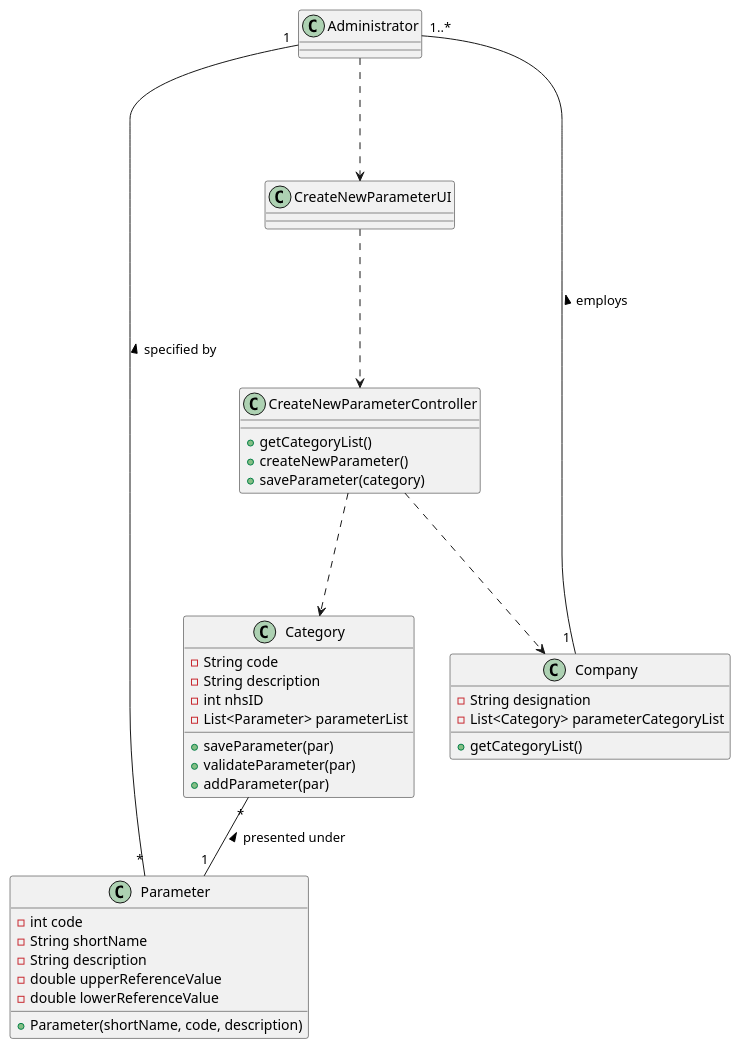
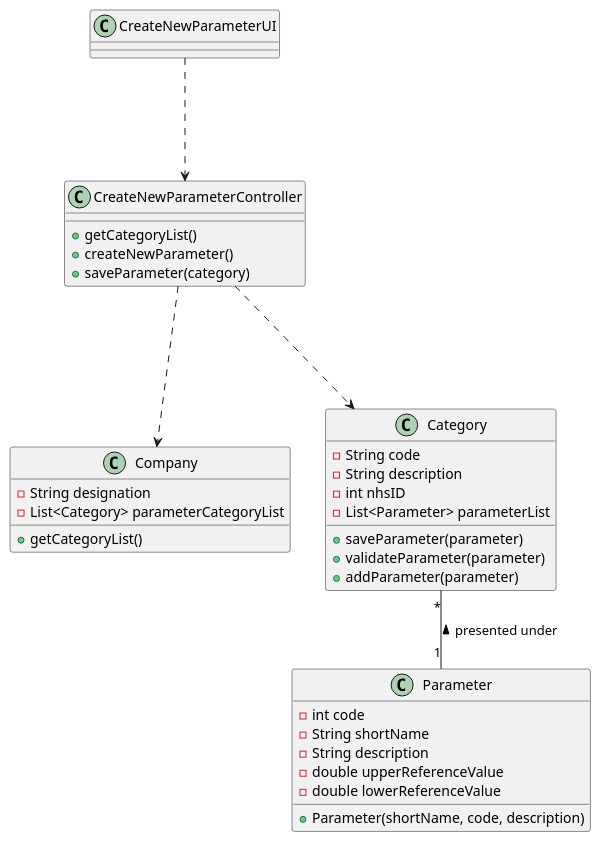
Before and after one commit to MadDinosaur/ISEP-LAPR2: the diagram in docs/SprintC/US10/US10_CD.puml, drawn with PlantUML. The commit also changed 7 other files, not shown here.

```diff
--- a/docs/SprintC/US10/US10_CD.puml
+++ b/docs/SprintC/US10/US10_CD.puml
@@ -1,51 +1,47 @@
 @startuml
 
-class Administrator
+
 class Parameter {
 -int code
 -String shortName
 -String description
 -double upperReferenceValue
 -double lowerReferenceValue
 
 +Parameter(shortName, code, description)
 }
 
 class CreateNewParameterUI{
 }
 
 class CreateNewParameterController{
 
 +getCategoryList()
 +createNewParameter()
 +saveParameter(category)
 }
 
 class Company{
 -String designation
 -List<Category> parameterCategoryList
 
 +getCategoryList()
 }
 
 class Category {
 -String code
 -String description
 -int nhsID
 -List<Parameter> parameterList
 
-+saveParameter(par)
-+validateParameter(par)
-+addParameter(par)
++saveParameter(parameter)
++validateParameter(parameter)
++addParameter(parameter)
 }
 
-
-Administrator ...> CreateNewParameterUI
 CreateNewParameterUI ...> CreateNewParameterController
 CreateNewParameterController ...> Category
 CreateNewParameterController ...> Company
 Category "*"--"1" Parameter : presented under <
-Parameter "*"-up-"1" Administrator : specified by >
-Company"1 "-"1..*" Administrator : > employs
 
 @enduml
```
